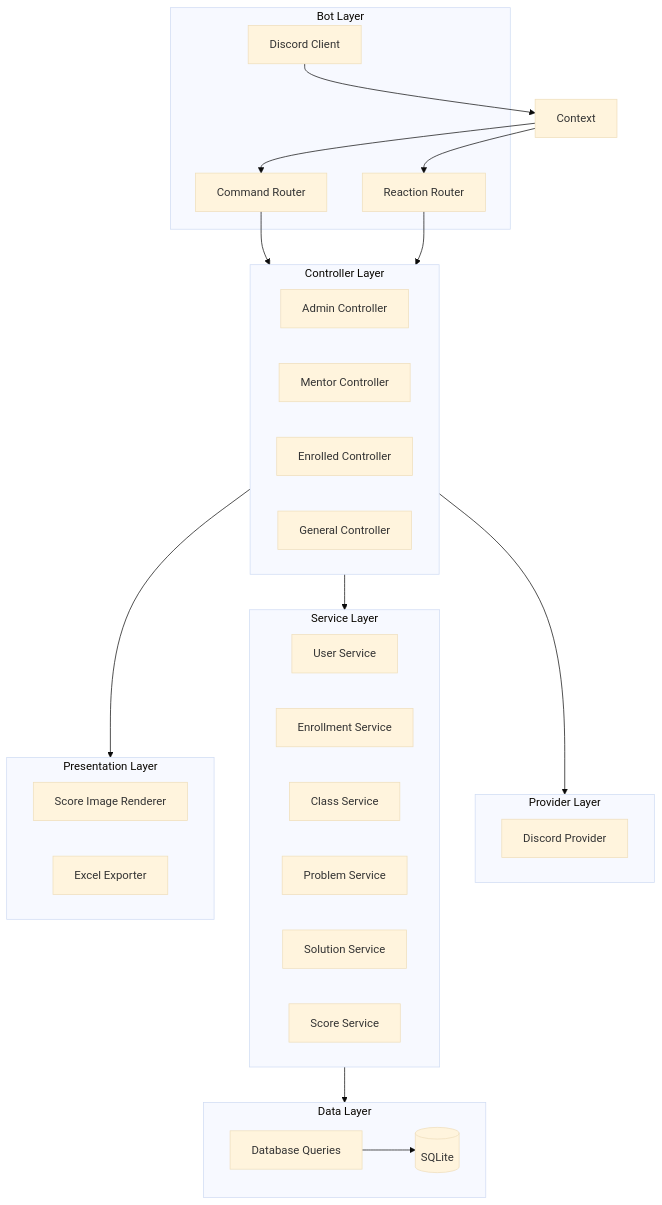
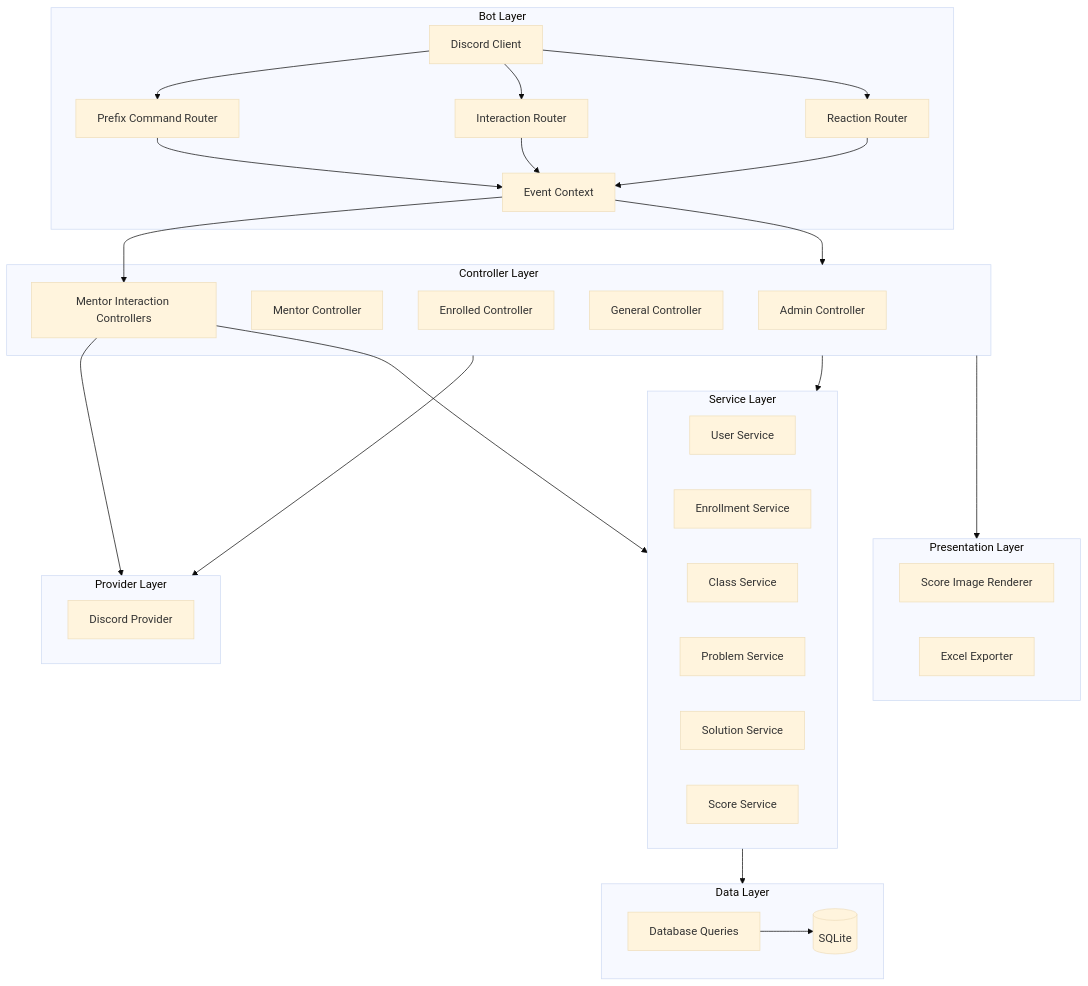
One commit to JorgeIba/Hurion changed the first of 2 diagrams in docs/ARCHITECTURE.md. Above: the diagram before and after it, drawn with Mermaid (base theme). The commit also changed other lines of this file and 3 other files, not shown here.

````diff
--- a/docs/ARCHITECTURE.md
+++ b/docs/ARCHITECTURE.md
@@ -27,52 +27,60 @@
 ```mermaid
 graph TB
     subgraph BotLayer["Bot Layer"]
         Discord[Discord Client]
-        Commands[Command Router]
+        Prefix[Prefix Command Router]
+        Interactions[Interaction Router]
         Reactions[Reaction Router]
+        Context[Event Context]
     end
 
     subgraph ControllerLayer["Controller Layer"]
         AdminCtrl[Admin Controller]
         MentorCtrl[Mentor Controller]
         EnrolledCtrl[Enrolled Controller]
         GeneralCtrl[General Controller]
+        MentorInteractions[Mentor Interaction Controllers]
     end
 
     subgraph ProviderLayer["Provider Layer"]
         DiscordProvider[Discord Provider]
     end
 
     subgraph ServiceLayer["Service Layer"]
         UserService[User Service]
         EnrollmentService[Enrollment Service]
         ClassService[Class Service]
         ProblemService[Problem Service]
         SolutionService[Solution Service]
         ScoreService[Score Service]
     end
 
     subgraph DataLayer["Data Layer"]
         Queries[Database Queries]
         DB[(SQLite)]
     end
 
     subgraph PresentationLayer["Presentation Layer"]
         ImageRenderer[Score Image Renderer]
         Excelizer[Excel Exporter]
     end
 
     %% Internal connections
-    Discord --> Context
-    Context --> Commands
-    Context --> Reactions
+    Discord --> Prefix
+    Discord --> Interactions
+    Discord --> Reactions
     Queries --> DB
 
     %% Flow between layers
-    Commands --> ControllerLayer
-    Reactions --> ControllerLayer
+    Prefix --> Context
+    Reactions --> Context
+    Interactions --> Context
+    Context --> ControllerLayer
+    Context --> MentorInteractions
+    MentorInteractions --> ProviderLayer
+    MentorInteractions --> ServiceLayer
     ControllerLayer --> ProviderLayer
     ControllerLayer --> ServiceLayer
     ControllerLayer --> PresentationLayer
     ServiceLayer --> DataLayer
 ```
````
